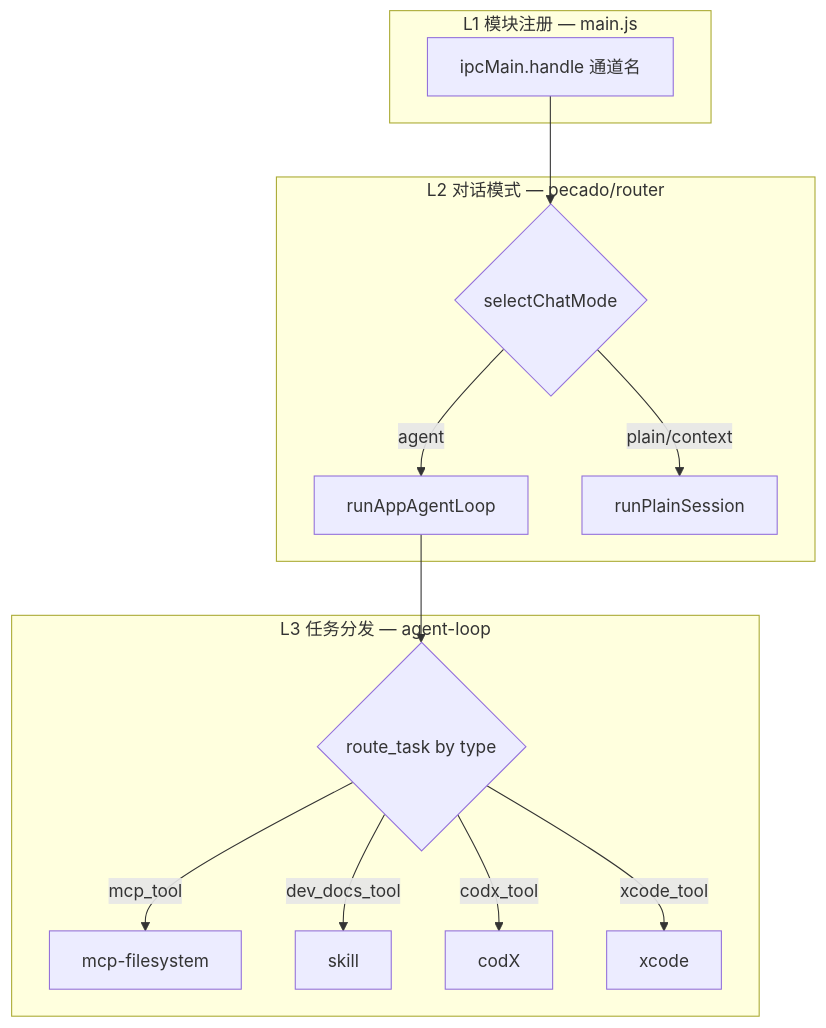
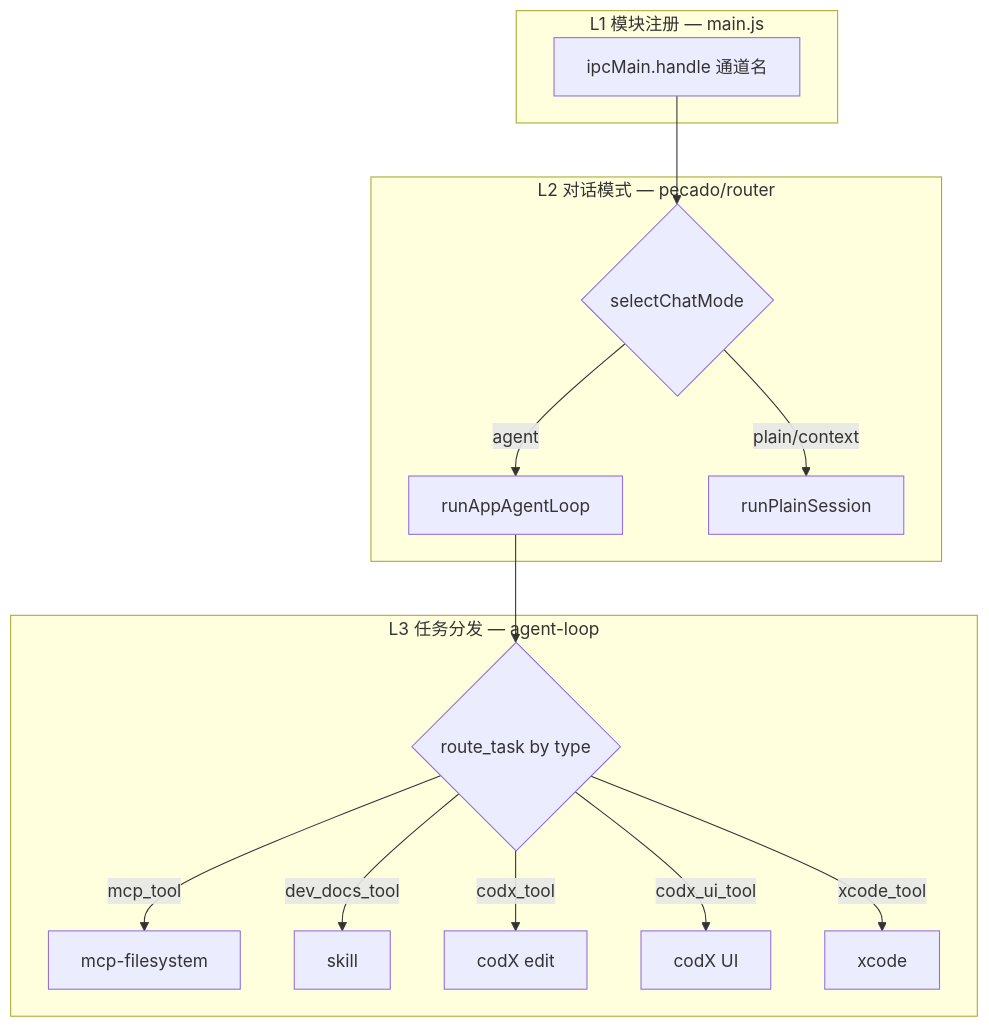
One commit to SCSHICHUAN/Pecado changed the fifth of 9 diagrams in README.md. Above: the diagram before and after it, drawn with Mermaid. The commit also changed other lines of this file, not shown here.

````diff
--- a/README.md
+++ b/README.md
@@ -470,23 +482,24 @@
 ```mermaid
 flowchart TB
   subgraph L1 [L1 模块注册 — main.js]
     IPC[ipcMain.handle 通道名]
   end
 
   subgraph L2 [L2 对话模式 — pecado/router]
     MODE{selectChatMode}
     MODE -->|agent| LOOP[runAppAgentLoop]
     MODE -->|plain/context| PLAIN[runPlainSession]
   end
 
   subgraph L3 [L3 任务分发 — agent-loop]
     TYPE{route_task by type}
     TYPE -->|mcp_tool| MCP[mcp-filesystem]
     TYPE -->|dev_docs_tool| SK[skill]
-    TYPE -->|codx_tool| CX[codX]
+    TYPE -->|codx_tool| CX[codX edit]
+    TYPE -->|codx_ui_tool| CXU[codX UI]
     TYPE -->|xcode_tool| XC[xcode]
   end
 
   IPC --> MODE
   LOOP --> TYPE
 ```
````
